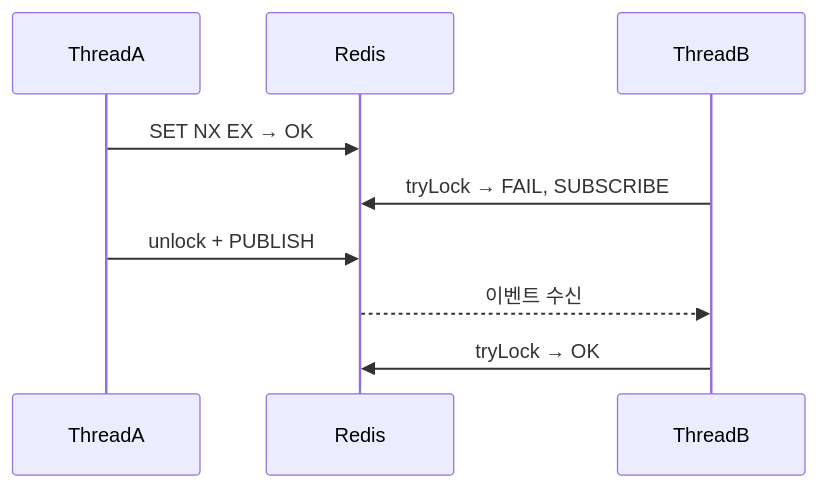
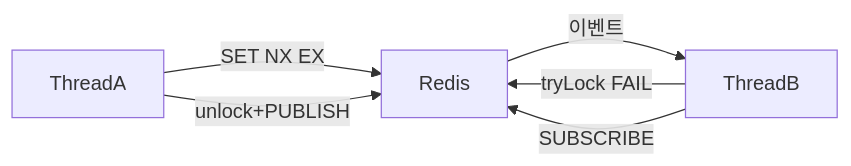
Before and after one commit to yjkim2015/yjkim2015.github.io: the fifth of 15 diagrams in _posts/redis/2026-05-01-redis-distributed-lock.md, drawn with Mermaid. The commit also changed other lines of this file and 163 other files, not shown here.

First line of the commit message:
Mermaid 300개 블록 내용 축소: 5노드 5엣지 이하, 의미 있는 약어

````diff
--- a/_posts/redis/2026-05-01-redis-distributed-lock.md
+++ b/_posts/redis/2026-05-01-redis-distributed-lock.md
@@ -315,11 +311,8 @@
 ```mermaid
-sequenceDiagram
-    participant A as ThreadA
-    participant R as Redis
-    participant B as ThreadB
-    A->>R: SET NX EX → OK
-    B->>R: tryLock → FAIL, SUBSCRIBE
-    A->>R: unlock + PUBLISH
-    R-->>B: 이벤트 수신
-    B->>R: tryLock → OK
+graph LR
+    A["ThreadA"] -->|SET NX EX| R["Redis"]
+    B["ThreadB"] -->|tryLock FAIL| R
+    B -->|SUBSCRIBE| R
+    A -->|unlock+PUBLISH| R
+    R -->|이벤트| B
 ```
````
